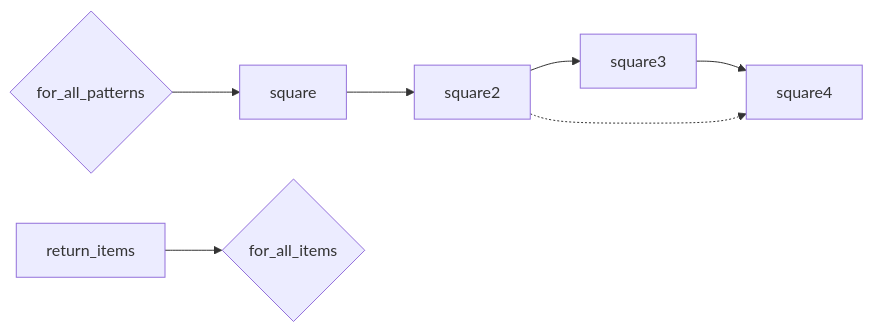
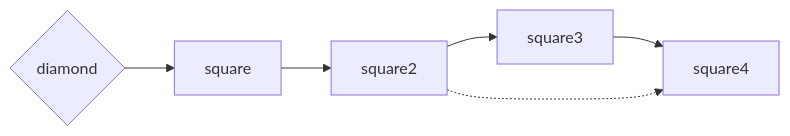
Before and after one commit to xinquanatcolezhu/configs: the diagram in README.md, drawn with Mermaid.

````diff
--- a/README.md
+++ b/README.md
@@ -6,9 +6,8 @@
 ```mermaid
 graph LR
-   diamond{for_all_patterns}-->square
+   diamond{diamond}-->square
    square-->square2
-   return_items-->for_all_items{for_all_items}
    square2-->square3
    square3-->square4
    square2-.->square4
 ```
````
